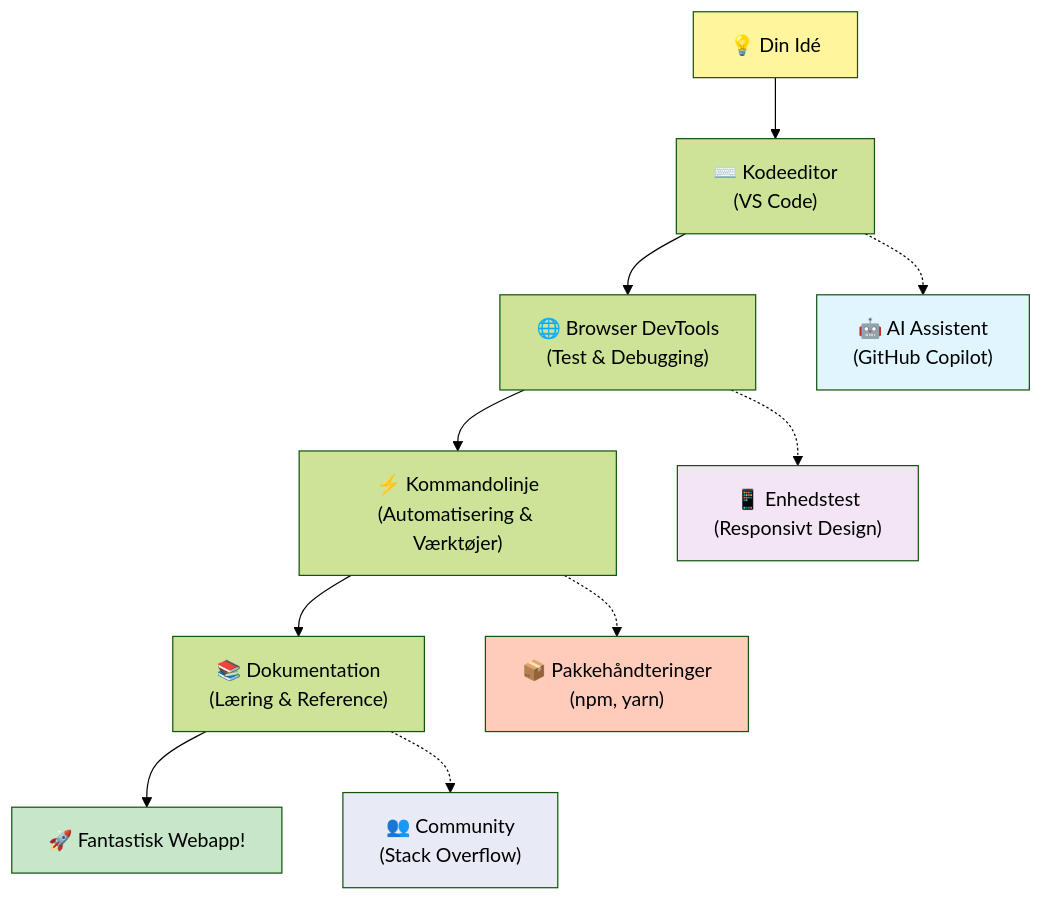
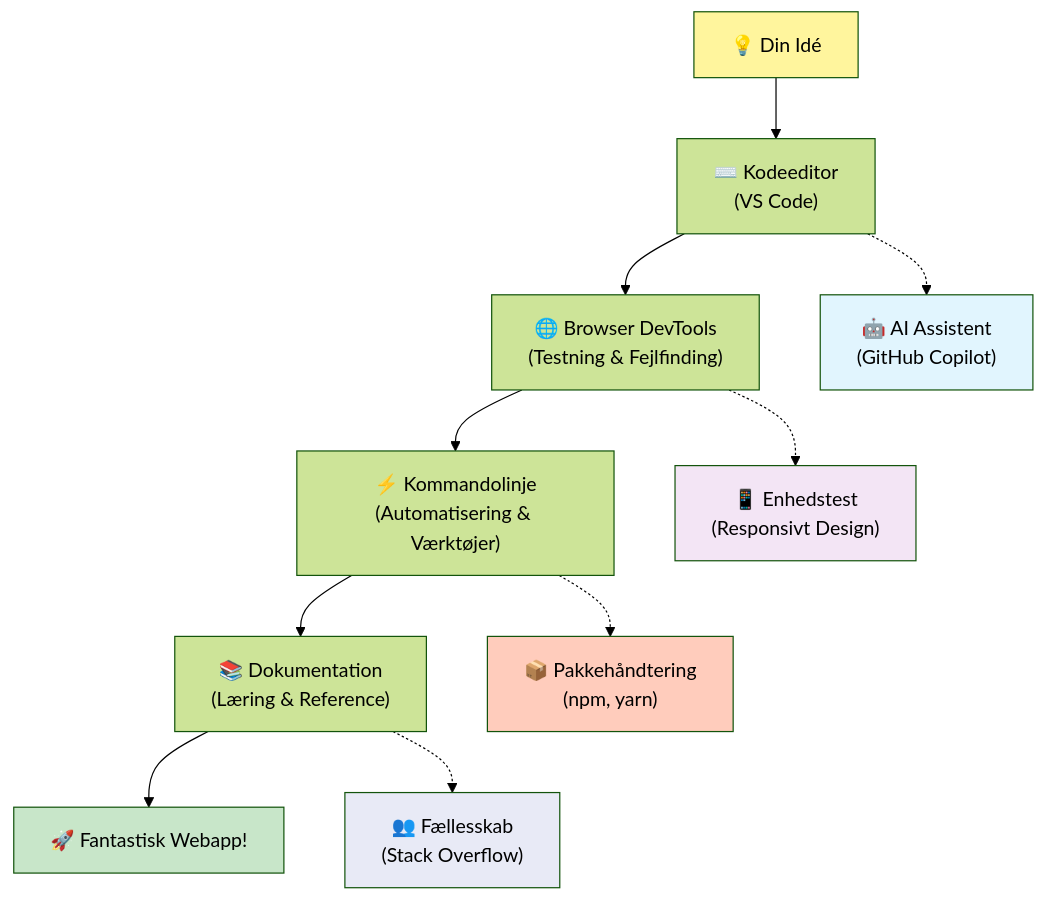
The fifth of 7 diagrams in translations/da/1-getting-started-lessons/1-intro-to-programming-languages/README.md (microsoft/Web-Dev-For-Beginners), drawn with Mermaid (forest theme) before and after one commit. The commit also changed other lines of this file and 8 other files, not shown here.

````diff
--- a/translations/da/1-getting-started-lessons/1-intro-to-programming-languages/README.md
+++ b/translations/da/1-getting-started-lessons/1-intro-to-programming-languages/README.md
@@ -488,20 +488,20 @@
 ```mermaid
 graph TD
     A["💡 Din Idé"] --> B["⌨️ Kodeeditor<br/>(VS Code)"] 
-    B --> C["🌐 Browser DevTools<br/>(Test & Debugging)"]
+    B --> C["🌐 Browser DevTools<br/>(Testning & Fejlfinding)"]
     C --> D["⚡ Kommandolinje<br/>(Automatisering & Værktøjer)"]
     D --> E["📚 Dokumentation<br/>(Læring & Reference)"]
     E --> F["🚀 Fantastisk Webapp!"]
     
     B -.-> G["🤖 AI Assistent<br/>(GitHub Copilot)"]
     C -.-> H["📱 Enhedstest<br/>(Responsivt Design)"]
-    D -.-> I["📦 Pakkehåndteringer<br/>(npm, yarn)"]
-    E -.-> J["👥 Community<br/>(Stack Overflow)"]
+    D -.-> I["📦 Pakkehåndtering<br/>(npm, yarn)"]
+    E -.-> J["👥 Fællesskab<br/>(Stack Overflow)"]
     
     style A fill:#fff59d
     style F fill:#c8e6c9
     style G fill:#e1f5fe
     style H fill:#f3e5f5
     style I fill:#ffccbc
     style J fill:#e8eaf6
 ```
````
